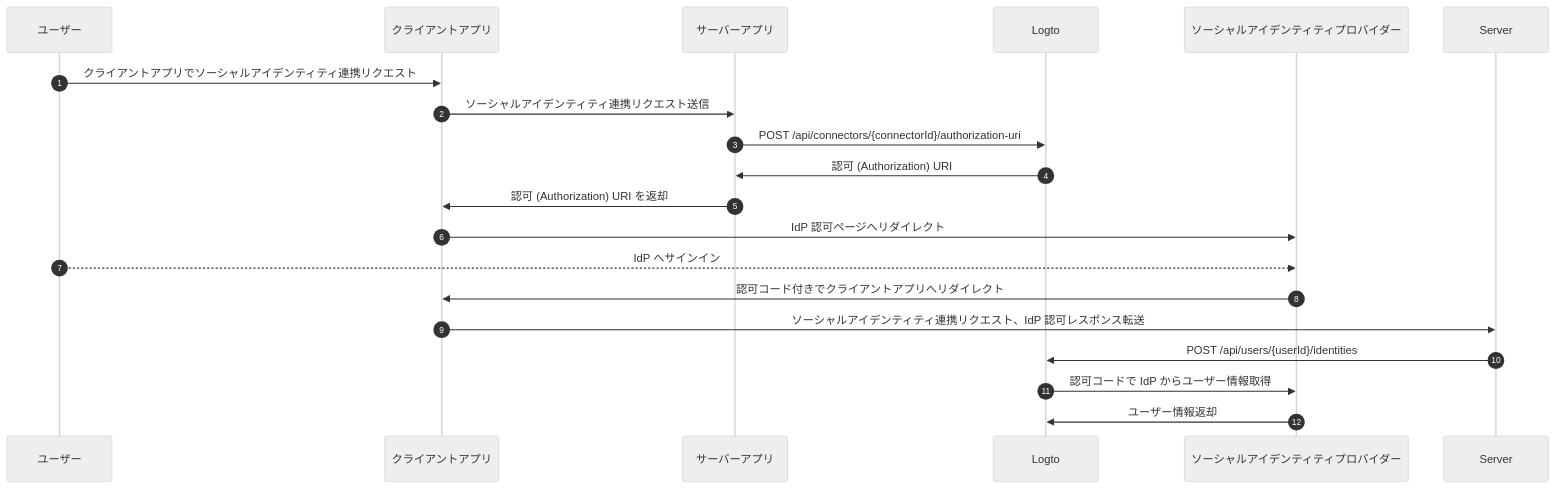
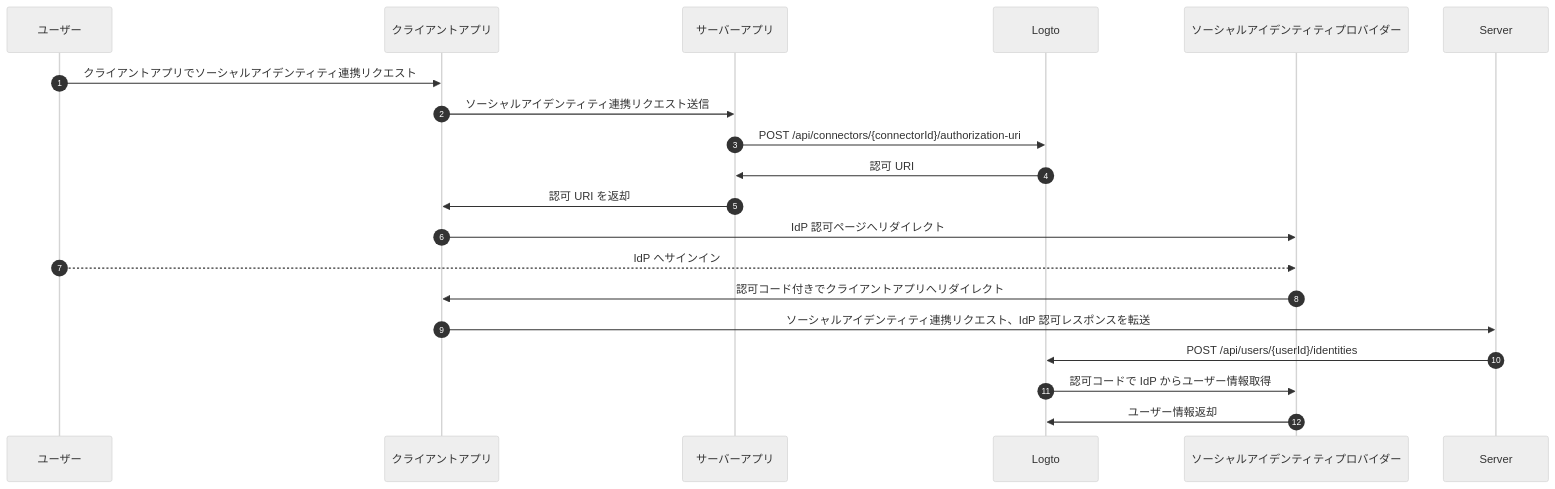
Before and after one commit to logto-io/docs: the third of 3 diagrams in i18n/ja/docusaurus-plugin-content-docs/current/end-user-flows/account-settings/by-management-api.mdx, drawn with Mermaid (neutral theme). The commit also changed other lines of this file and 74 other files, not shown here.

````diff
--- a/i18n/ja/docusaurus-plugin-content-docs/current/end-user-flows/account-settings/by-management-api.mdx
+++ b/i18n/ja/docusaurus-plugin-content-docs/current/end-user-flows/account-settings/by-management-api.mdx
@@ -120,22 +120,22 @@
 ```mermaid
 sequenceDiagram
     autoNumber
     participant User as ユーザー
     participant Client as クライアントアプリ
     participant App as サーバーアプリ
     participant Logto as Logto
     participant IdP as ソーシャルアイデンティティプロバイダー
 
     User ->> Client: クライアントアプリでソーシャルアイデンティティ連携リクエスト
     Client ->> App: ソーシャルアイデンティティ連携リクエスト送信
     App ->> Logto: POST /api/connectors/{connectorId}/authorization-uri
-    Logto ->> App: 認可 (Authorization) URI
-    App ->> Client: 認可 (Authorization) URI を返却
+    Logto ->> App: 認可 URI
+    App ->> Client: 認可 URI を返却
     Client ->> IdP: IdP 認可ページへリダイレクト
     User -->> IdP: IdP へサインイン
     IdP ->> Client: 認可コード付きでクライアントアプリへリダイレクト
-    Client ->> Server: ソーシャルアイデンティティ連携リクエスト、IdP 認可レスポンス転送
+    Client ->> Server: ソーシャルアイデンティティ連携リクエスト、IdP 認可レスポンスを転送
     Server ->> Logto: POST /api/users/{userId}/identities
     Logto ->> IdP: 認可コードで IdP からユーザー情報取得
     IdP ->> Logto: ユーザー情報返却
 ```
````
